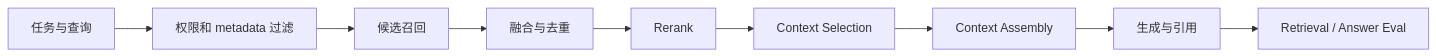
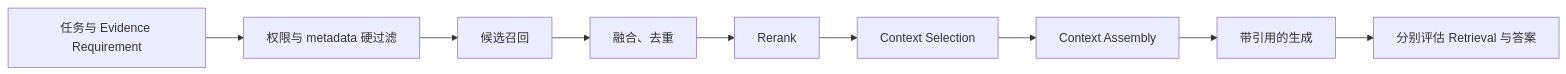
One commit to nowhere-man/agents-from-scratch changed the diagram in context-engineering/12-retrieval-engineering.md. Above: the diagram before and after it, drawn with Mermaid. The commit also changed other lines of this file and 12 other files, not shown here.

````diff
--- a/context-engineering/12-retrieval-engineering.md
+++ b/context-engineering/12-retrieval-engineering.md
@@ -25,11 +46,11 @@
 ```mermaid
 flowchart LR
-    A["任务与查询"] --> B["权限和 metadata 过滤"]
+    A["任务与 Evidence Requirement"] --> B["权限与 metadata 硬过滤"]
     B --> C["候选召回"]
-    C --> D["融合与去重"]
+    C --> D["融合、去重"]
     D --> E["Rerank"]
     E --> F["Context Selection"]
     F --> G["Context Assembly"]
-    G --> H["生成与引用"]
-    H --> I["Retrieval / Answer Eval"]
+    G --> H["带引用的生成"]
+    H --> I["分别评估 Retrieval 与答案"]
 ```
````
